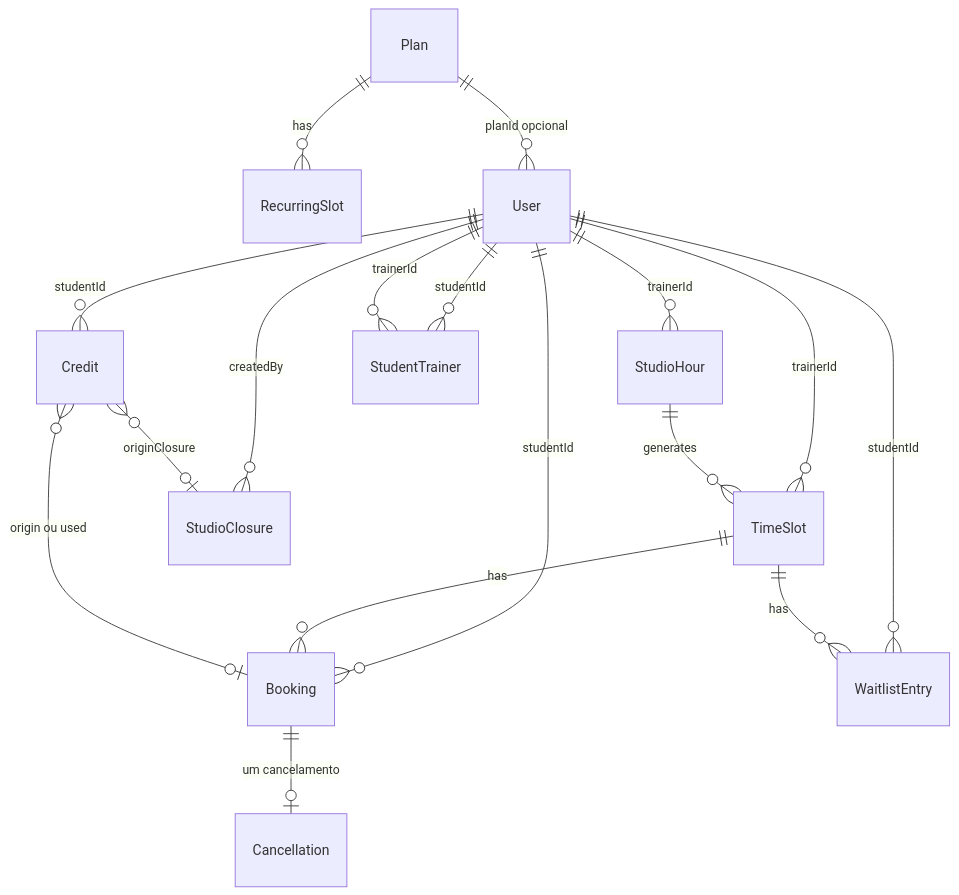
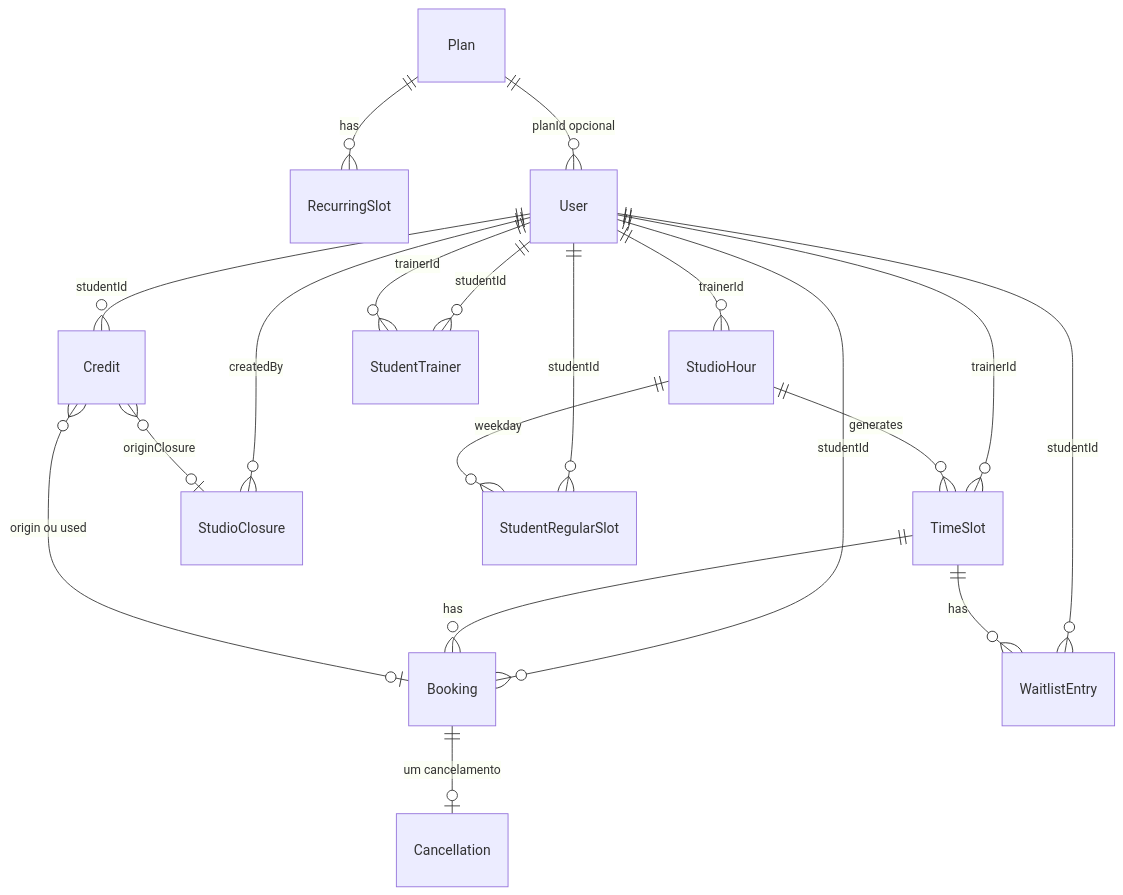
Before and after one commit to gylmonteiro-dev/studioemar: the diagram in docs/DOMAIN.md, drawn with Mermaid. The commit also changed other lines of this file and 41 other files, not shown here.

````diff
--- a/docs/DOMAIN.md
+++ b/docs/DOMAIN.md
@@ -13,19 +13,21 @@
 ```mermaid
 erDiagram
   Plan ||--o{ RecurringSlot : has
   Plan ||--o{ User : "planId opcional"
   User ||--o{ TimeSlot : "trainerId"
   User ||--o{ StudioHour : "trainerId"
   User ||--o{ Booking : "studentId"
   User ||--o{ WaitlistEntry : "studentId"
   User ||--o{ Credit : "studentId"
   User ||--o{ StudioClosure : "createdBy"
   User ||--o{ StudentTrainer : "studentId"
   User ||--o{ StudentTrainer : "trainerId"
+  User ||--o{ StudentRegularSlot : "studentId"
+  StudioHour ||--o{ StudentRegularSlot : "weekday"
   StudioHour ||--o{ TimeSlot : generates
   TimeSlot ||--o{ Booking : has
   TimeSlot ||--o{ WaitlistEntry : has
   Booking ||--o| Cancellation : "um cancelamento"
   Credit }o--o| Booking : "origin ou used"
   Credit }o--o| StudioClosure : "originClosure"
 ```
````
